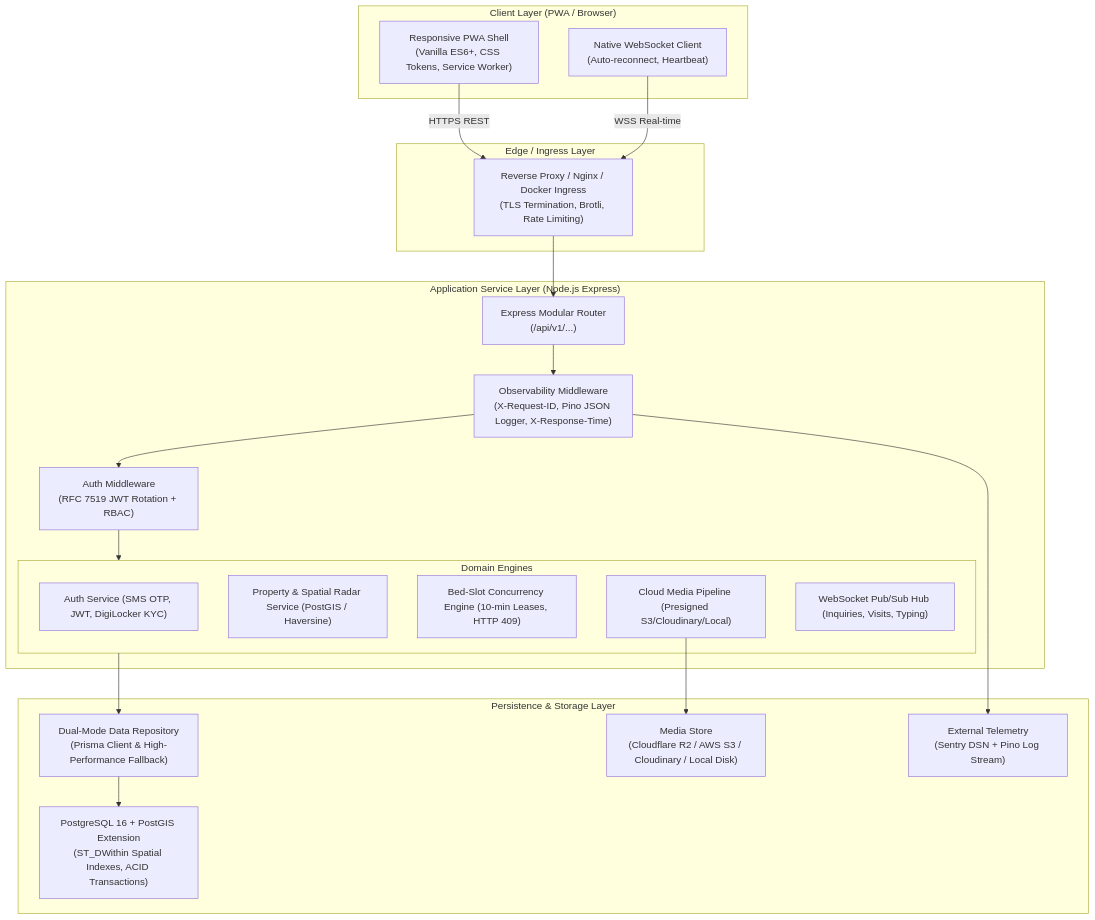
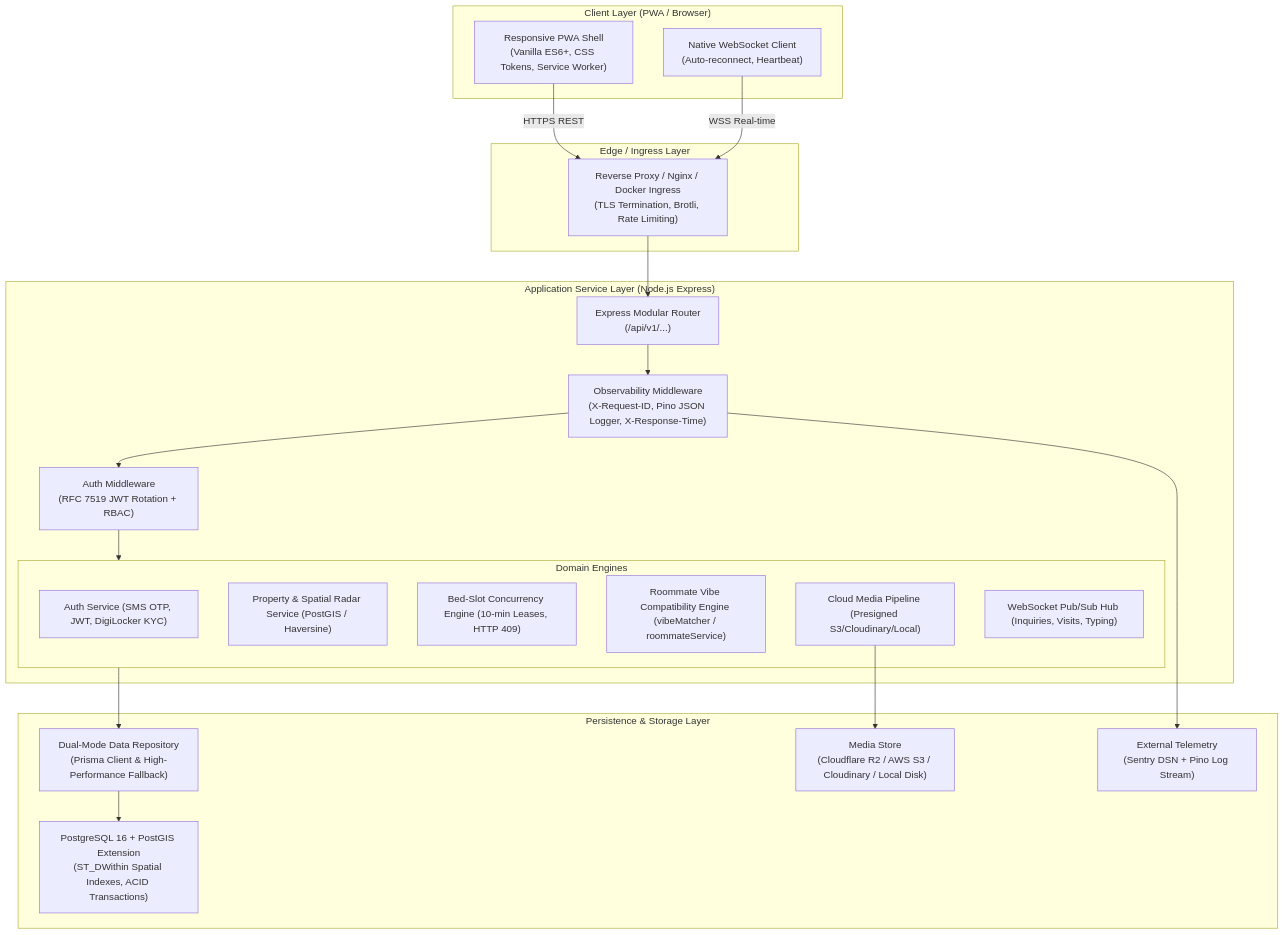
Before and after one commit to sidsharmaji-in/Thikana-app: the first of 2 diagrams in docs/research/04-architecture.md, drawn with Mermaid. The commit also changed other lines of this file and 6 other files, not shown here.

Commit message:
docs: synchronize research flow across all phases (FR-08 to FR-10, Slices P7-P10, 520 tests)

````diff
--- a/docs/research/04-architecture.md
+++ b/docs/research/04-architecture.md
@@ -11,43 +11,44 @@
 ```mermaid
 flowchart TD
     subgraph ClientLayer["Client Layer (PWA / Browser)"]
         PWA["Responsive PWA Shell<br/>(Vanilla ES6+, CSS Tokens, Service Worker)"]
         WSCli["Native WebSocket Client<br/>(Auto-reconnect, Heartbeat)"]
     end
 
     subgraph IngressLayer["Edge / Ingress Layer"]
         Nginx["Reverse Proxy / Nginx / Docker Ingress<br/>(TLS Termination, Brotli, Rate Limiting)"]
     end
 
     subgraph ServiceLayer["Application Service Layer (Node.js Express)"]
         Router["Express Modular Router<br/>(/api/v1/...)"]
         AuthMW["Auth Middleware<br/>(RFC 7519 JWT Rotation + RBAC)"]
         ObsMW["Observability Middleware<br/>(X-Request-ID, Pino JSON Logger, X-Response-Time)"]
         
         subgraph CoreServices["Domain Engines"]
             AuthSvc["Auth Service (SMS OTP, JWT, DigiLocker KYC)"]
             PropSvc["Property & Spatial Radar Service (PostGIS / Haversine)"]
             LockSvc["Bed-Slot Concurrency Engine (10-min Leases, HTTP 409)"]
+            RoommateSvc["Roommate Vibe Compatibility Engine (vibeMatcher / roommateService)"]
             MediaSvc["Cloud Media Pipeline (Presigned S3/Cloudinary/Local)"]
             WSHub["WebSocket Pub/Sub Hub (Inquiries, Visits, Typing)"]
         end
     end
 
     subgraph DataLayer["Persistence & Storage Layer"]
         PrismaORM["Dual-Mode Data Repository<br/>(Prisma Client & High-Performance Fallback)"]
         Postgres["PostgreSQL 16 + PostGIS Extension<br/>(ST_DWithin Spatial Indexes, ACID Transactions)"]
         StorageEngine["Media Store<br/>(Cloudflare R2 / AWS S3 / Cloudinary / Local Disk)"]
         SentryMonitoring["External Telemetry<br/>(Sentry DSN + Pino Log Stream)"]
     end
 
     PWA -->|HTTPS REST| Nginx
     WSCli -->|WSS Real-time| Nginx
     Nginx --> Router
     Router --> ObsMW
     ObsMW --> AuthMW
     AuthMW --> CoreServices
     CoreServices --> PrismaORM
     PrismaORM --> Postgres
     MediaSvc --> StorageEngine
     ObsMW --> SentryMonitoring
 ```
````
